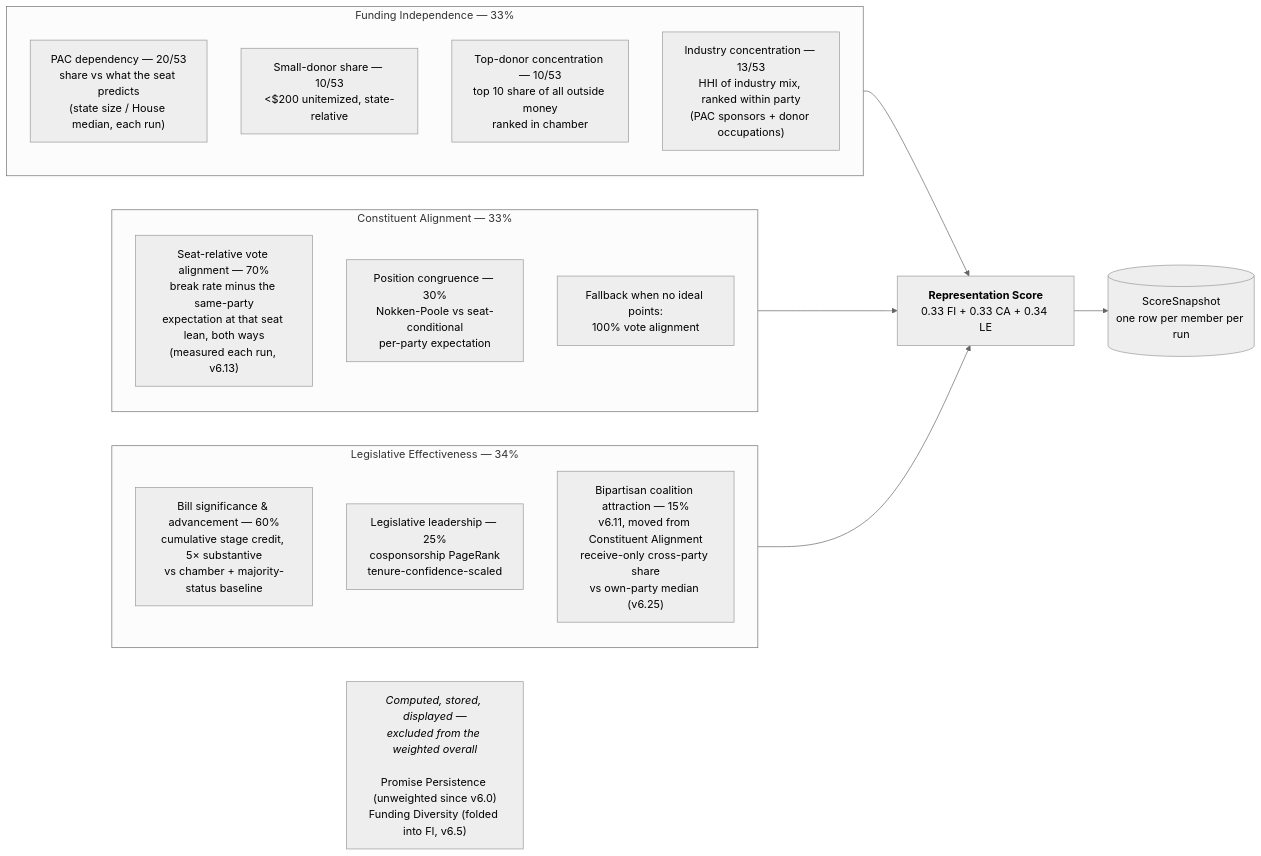
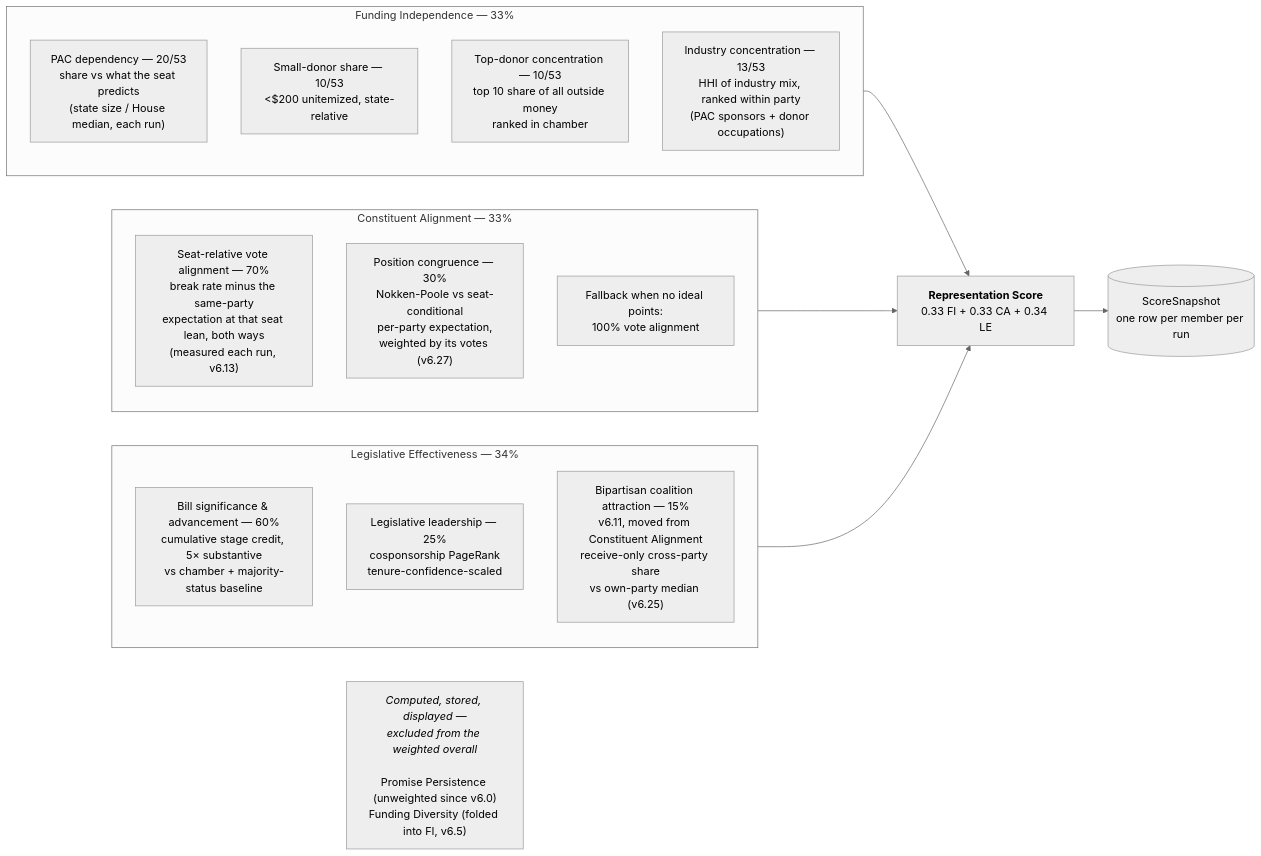
Before and after one commit to kamoras/civitas: the first of 3 diagrams in docs/diagrams/05-scoring.md, drawn with Mermaid (neutral theme). The commit also changed 20 other files, not shown here.

````diff
--- a/docs/diagrams/05-scoring.md
+++ b/docs/diagrams/05-scoring.md
@@ -17,29 +17,29 @@
 ```mermaid
 flowchart LR
     subgraph FI["Funding Independence — 33%"]
         FI1["PAC dependency — 20/53<br/>share vs what the seat predicts<br/>(state size / House median, each run)"]
         FI2["Small-donor share — 10/53<br/>&lt;$200 unitemized, state-relative"]
         FI3["Top-donor concentration — 10/53<br/>top 10 share of all outside money<br/>ranked in chamber"]
         FI5["Industry concentration — 13/53<br/>HHI of industry mix, ranked within party<br/>(PAC sponsors + donor occupations)"]
     end
 
     subgraph CA["Constituent Alignment — 33%"]
         CA1["Seat-relative vote alignment — 70%<br/>break rate minus the same-party<br/>expectation at that seat lean, both ways<br/>(measured each run, v6.13)"]
-        CA2["Position congruence — 30%<br/>Nokken-Poole vs seat-conditional<br/>per-party expectation"]
+        CA2["Position congruence — 30%<br/>Nokken-Poole vs seat-conditional<br/>per-party expectation,<br/>weighted by its votes (v6.27)"]
         CA3["Fallback when no ideal points:<br/>100% vote alignment"]
     end
 
     subgraph LE["Legislative Effectiveness — 34%"]
         LE1["Bill significance &amp; advancement — 60%<br/>cumulative stage credit, 5× substantive<br/>vs chamber + majority-status baseline"]
         LE2["Legislative leadership — 25%<br/>cosponsorship PageRank<br/>tenure-confidence-scaled"]
         LE3["Bipartisan coalition attraction — 15%<br/>v6.11, moved from Constituent Alignment<br/>receive-only cross-party share<br/>vs own-party median (v6.25)"]
     end
 
     FI --> OVERALL["<b>Representation Score</b><br/>0.33 FI + 0.33 CA + 0.34 LE"]
     CA --> OVERALL
     LE --> OVERALL
 
     OVERALL --> SNAP[("ScoreSnapshot<br/>one row per member per run")]
 
     UNW["<i>Computed, stored, displayed —<br/>excluded from the weighted overall</i><br/><br/>Promise Persistence (unweighted since v6.0)<br/>Funding Diversity (folded into FI, v6.5)"]
 ```
````
